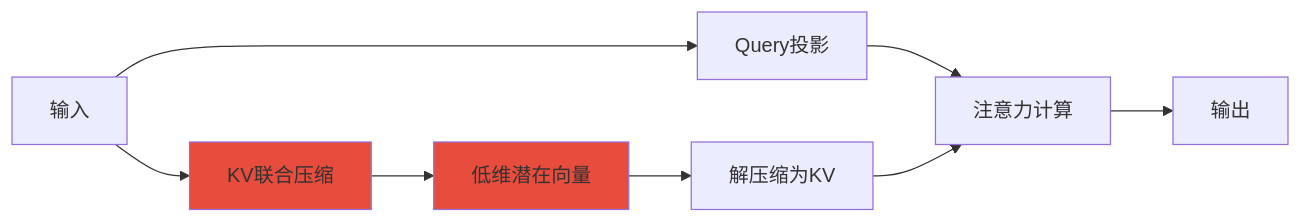
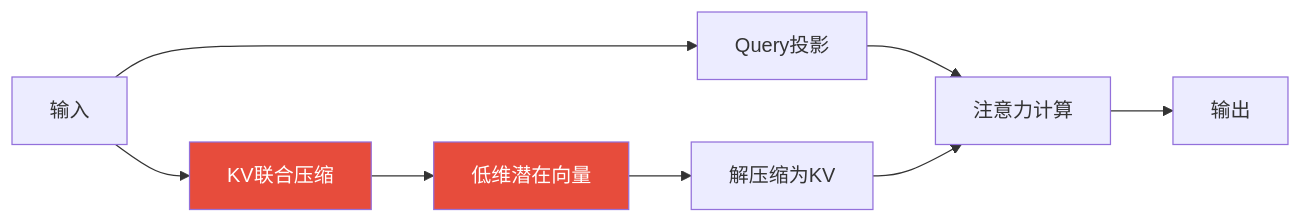
One commit to Atituiset/llm-konwleage-hub changed the first of 5 diagrams in src/01-ai-overview/deepseek-intro.md. Above: the diagram before and after it, drawn with Mermaid. The commit also changed other lines of this file and 7 other files, not shown here.

First line of the commit message:
Fix Mermaid diagram readability: explicit text colors on styled nodes

````diff
--- a/src/01-ai-overview/deepseek-intro.md
+++ b/src/01-ai-overview/deepseek-intro.md
@@ -31,13 +31,13 @@
 ```mermaid
 graph LR
     A[输入] --> B[Query投影]
     A --> C[KV联合压缩]
     C --> D[低维潜在向量]
     D --> E[解压缩为KV]
     B --> F[注意力计算]
     E --> F
     F --> G[输出]
 
-    style C fill:#e74c3c
-    style D fill:#e74c3c
+    style C fill:#e74c3c,color:#fff
+    style D fill:#e74c3c,color:#fff
 ```
````
